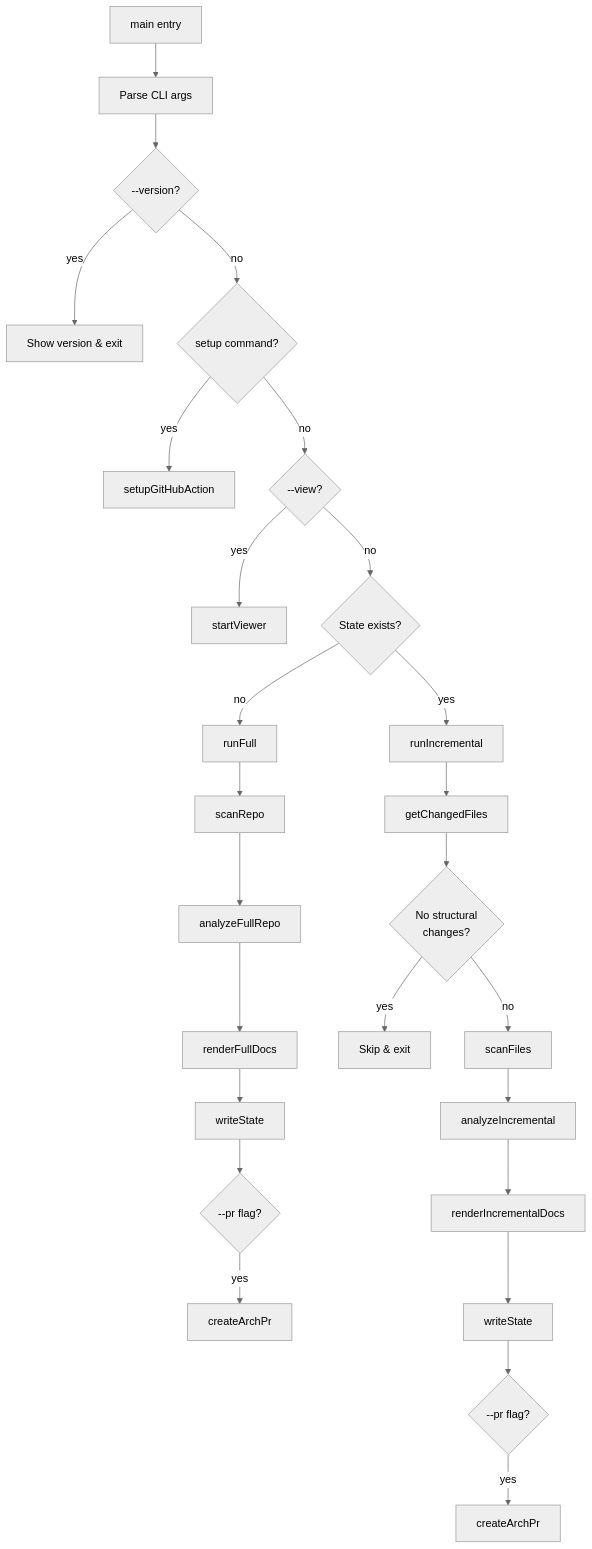
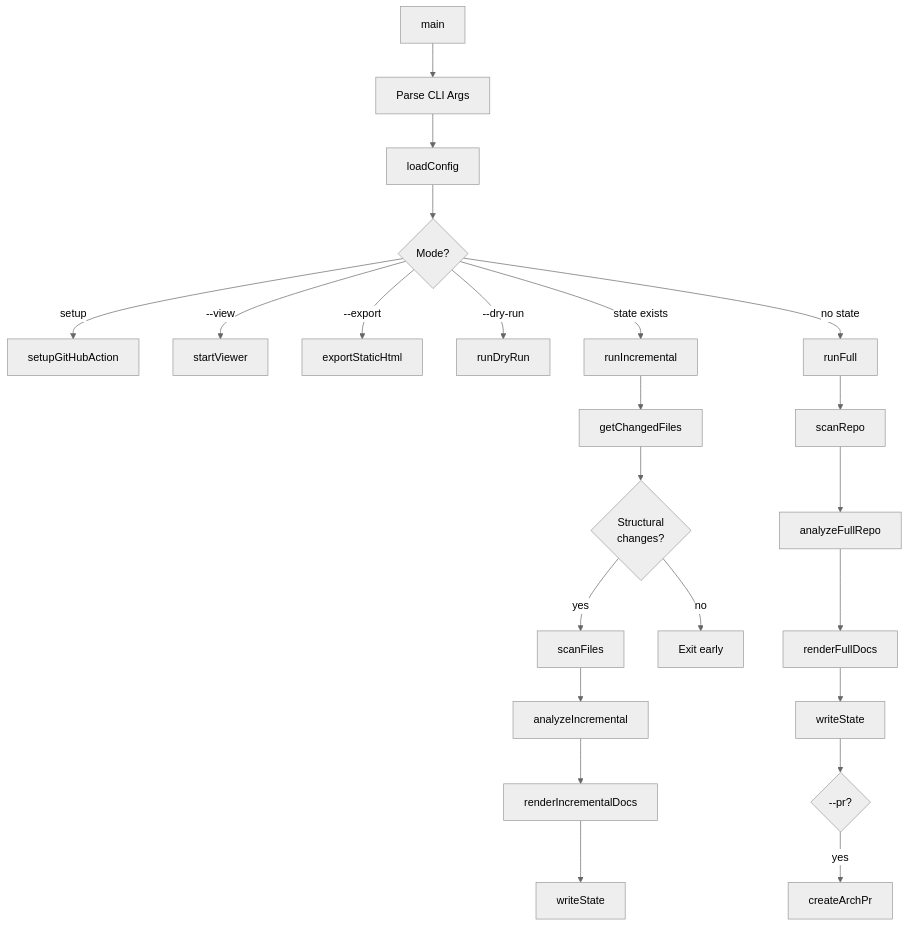
The diagram in docs/architecture/modules/cli-entry-point.md (sergical/repo-architect), drawn with Mermaid (neutral theme) before and after one commit. The commit also changed other lines of this file and 4 other files, not shown here.

First line of the commit message:
Fix Mermaid diagram bugs: literal \n in labels and unquoted edge labels

````diff
--- a/docs/architecture/modules/cli-entry-point.md
+++ b/docs/architecture/modules/cli-entry-point.md
@@ -16,32 +18,25 @@
 ```mermaid
 flowchart TD
-    Start[main entry] --> Parse[Parse CLI args]
-    Parse --> Version{--version?}
-    Version -->|yes| ShowVer[Show version & exit]
-    Version -->|no| Setup{setup command?}
-    
-    Setup -->|yes| RunSetup[setupGitHubAction]
-    Setup -->|no| View{--view?}
-    View -->|yes| StartViewer[startViewer]
-    View -->|no| CheckState{State exists?}
-    
-    CheckState -->|yes| Incremental[runIncremental]
-    CheckState -->|no| Full[runFull]
-    
-    Full --> Scan1[scanRepo]
-    Scan1 --> Analyze1[analyzeFullRepo]
-    Analyze1 --> Render1[renderFullDocs]
-    Render1 --> Save1[writeState]
-    Save1 --> PR1{--pr flag?}
-    PR1 -->|yes| CreatePR1[createArchPr]
-    
-    Incremental --> Diff[getChangedFiles]
-    Diff --> NoChanges{No structural<br/>changes?}
-    NoChanges -->|yes| Skip[Skip & exit]
-    NoChanges -->|no| Scan2[scanFiles]
-    Scan2 --> Analyze2[analyzeIncremental]
-    Analyze2 --> Render2[renderIncrementalDocs]
-    Render2 --> Save2[writeState]
-    Save2 --> PR2{--pr flag?}
-    PR2 -->|yes| CreatePR2[createArchPr]
+    Entry[main] --> ParseArgs[Parse CLI Args]
+    ParseArgs --> LoadConfig[loadConfig]
+    LoadConfig --> Mode{Mode?}
+    Mode -->|setup| Setup[setupGitHubAction]
+    Mode -->|--view| Viewer[startViewer]
+    Mode -->|--export| Export[exportStaticHtml]
+    Mode -->|--dry-run| DryRun[runDryRun]
+    Mode -->|state exists| Incremental[runIncremental]
+    Mode -->|no state| Full[runFull]
+    Full --> S1[scanRepo]
+    S1 --> S2[analyzeFullRepo]
+    S2 --> S3[renderFullDocs]
+    S3 --> S4[writeState]
+    S4 --> S5{--pr?}
+    S5 -->|yes| PR[createArchPr]
+    Incremental --> I1[getChangedFiles]
+    I1 --> I2{Structural<br/>changes?}
+    I2 -->|no| Skip[Exit early]
+    I2 -->|yes| I3[scanFiles]
+    I3 --> I4[analyzeIncremental]
+    I4 --> I5[renderIncrementalDocs]
+    I5 --> I6[writeState]
 ```
````
